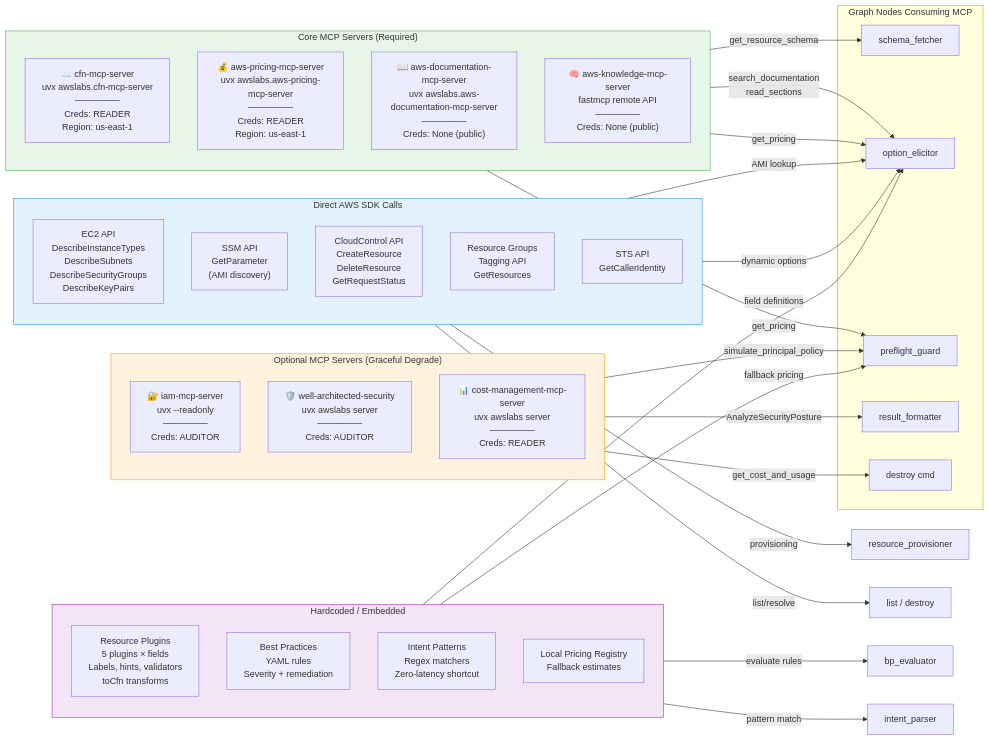
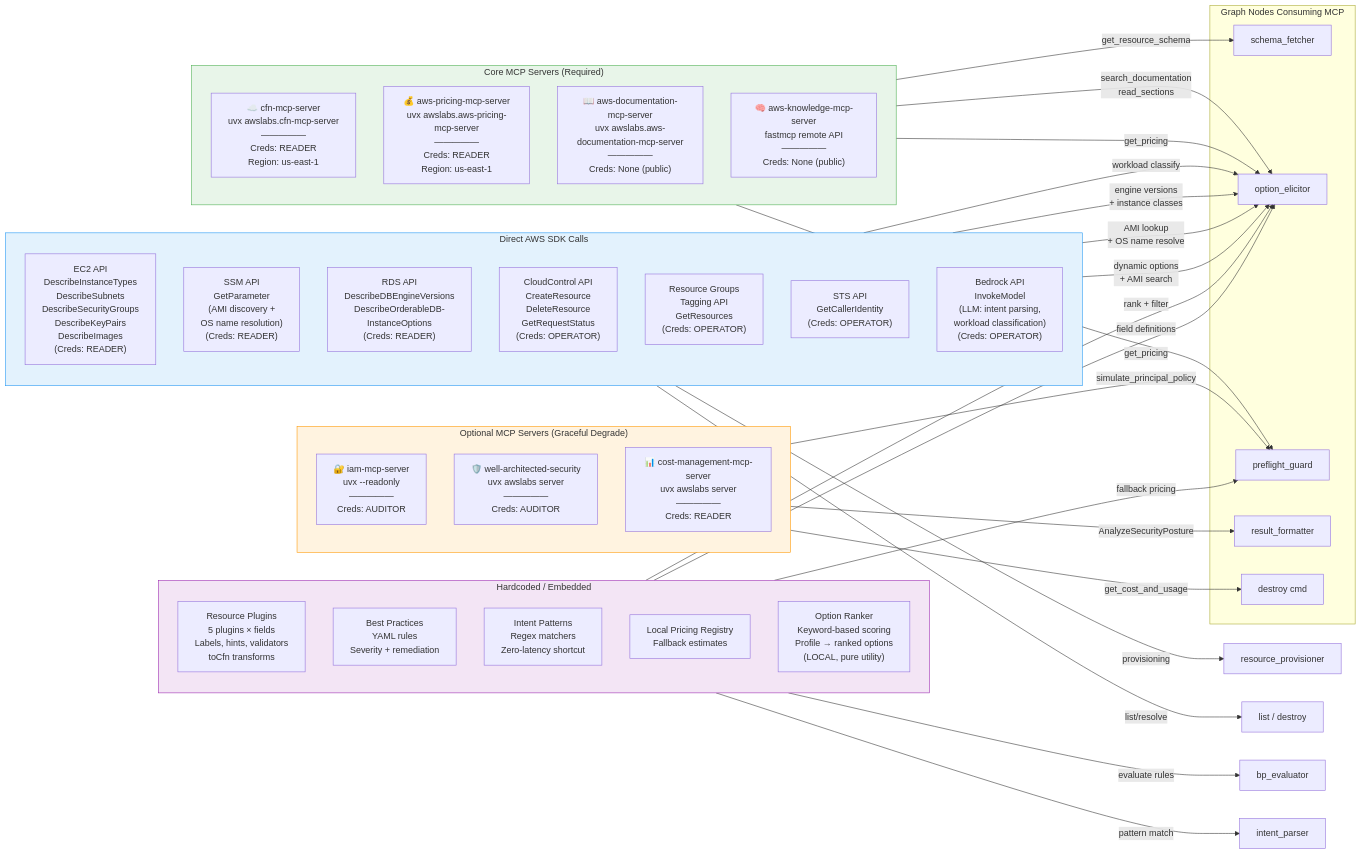
The second of 10 diagrams in docs/architecture-flows.md (SergSlon/assignee-ai), drawn with Mermaid before and after one commit. The commit also changed other lines of this file, not shown here.

First line of the commit message:
docs: rewrite architecture-flows.md to match current implementation

````diff
--- a/docs/architecture-flows.md
+++ b/docs/architecture-flows.md
@@ -83,65 +83,71 @@
 ```mermaid
 flowchart LR
     subgraph CORE["Core MCP Servers (Required)"]
         direction TB
         CFN["☁️ cfn-mcp-server<br/>uvx awslabs.cfn-mcp-server<br/>—————<br/>Creds: READER<br/>Region: us-east-1"]
         PRICING["💰 aws-pricing-mcp-server<br/>uvx awslabs.aws-pricing-mcp-server<br/>—————<br/>Creds: READER<br/>Region: us-east-1"]
         DOCS["📖 aws-documentation-mcp-server<br/>uvx awslabs.aws-documentation-mcp-server<br/>—————<br/>Creds: None (public)"]
         KNOW["🧠 aws-knowledge-mcp-server<br/>fastmcp remote API<br/>—————<br/>Creds: None (public)"]
     end
 
     subgraph OPT["Optional MCP Servers (Graceful Degrade)"]
         direction TB
         IAM["🔐 iam-mcp-server<br/>uvx --readonly<br/>—————<br/>Creds: AUDITOR"]
         SEC["🛡️ well-architected-security<br/>uvx awslabs server<br/>—————<br/>Creds: AUDITOR"]
         BILL["📊 cost-management-mcp-server<br/>uvx awslabs server<br/>—————<br/>Creds: READER"]
     end
 
     subgraph NODES["Graph Nodes Consuming MCP"]
         SF2["schema_fetcher"]
         OE2["option_elicitor"]
         PF2["preflight_guard"]
         RF2["result_formatter"]
         DS2["destroy cmd"]
     end
 
     CFN -->|"get_resource_schema"| SF2
     PRICING -->|"get_pricing"| OE2
     PRICING -->|"get_pricing"| PF2
     DOCS -->|"search_documentation<br/>read_sections"| OE2
     IAM -->|"simulate_principal_policy"| PF2
     SEC -->|"AnalyzeSecurityPosture"| RF2
     BILL -->|"get_cost_and_usage"| DS2
 
     subgraph SDK["Direct AWS SDK Calls"]
         direction TB
-        EC2["EC2 API<br/>DescribeInstanceTypes<br/>DescribeSubnets<br/>DescribeSecurityGroups<br/>DescribeKeyPairs"]
-        SSM["SSM API<br/>GetParameter<br/>(AMI discovery)"]
-        CC["CloudControl API<br/>CreateResource<br/>DeleteResource<br/>GetRequestStatus"]
-        TAGS["Resource Groups<br/>Tagging API<br/>GetResources"]
-        STS["STS API<br/>GetCallerIdentity"]
+        EC2["EC2 API<br/>DescribeInstanceTypes<br/>DescribeSubnets<br/>DescribeSecurityGroups<br/>DescribeKeyPairs<br/>DescribeImages<br/>(Creds: READER)"]
+        SSM["SSM API<br/>GetParameter<br/>(AMI discovery +<br/>OS name resolution)<br/>(Creds: READER)"]
+        RDS["RDS API<br/>DescribeDBEngineVersions<br/>DescribeOrderableDB-<br/>InstanceOptions<br/>(Creds: READER)"]
+        CC["CloudControl API<br/>CreateResource<br/>DeleteResource<br/>GetRequestStatus<br/>(Creds: OPERATOR)"]
+        TAGS["Resource Groups<br/>Tagging API<br/>GetResources<br/>(Creds: OPERATOR)"]
+        STS["STS API<br/>GetCallerIdentity<br/>(Creds: OPERATOR)"]
+        BEDROCK["Bedrock API<br/>InvokeModel<br/>(LLM: intent parsing,<br/>workload classification)<br/>(Creds: OPERATOR)"]
     end
 
-    EC2 -->|"dynamic options"| OE2
-    SSM -->|"AMI lookup"| OE2
+    EC2 -->|"dynamic options<br/>+ AMI search"| OE2
+    SSM -->|"AMI lookup<br/>+ OS name resolve"| OE2
+    RDS -->|"engine versions<br/>+ instance classes"| OE2
     CC -->|"provisioning"| RP2["resource_provisioner"]
     TAGS -->|"list/resolve"| LIST2["list / destroy"]
+    BEDROCK -->|"workload classify"| OE2
 
     subgraph LOCAL["Hardcoded / Embedded"]
         direction TB
         PLUGINS["Resource Plugins<br/>5 plugins × fields<br/>Labels, hints, validators<br/>toCfn transforms"]
         BPYAML["Best Practices<br/>YAML rules<br/>Severity + remediation"]
         PATTERNS["Intent Patterns<br/>Regex matchers<br/>Zero-latency shortcut"]
         LOCALP["Local Pricing Registry<br/>Fallback estimates"]
+        RANKER["Option Ranker<br/>Keyword-based scoring<br/>Profile → ranked options<br/>(LOCAL, pure utility)"]
     end
 
     PLUGINS -->|"field definitions"| OE2
     BPYAML -->|"evaluate rules"| BP2["bp_evaluator"]
     PATTERNS -->|"pattern match"| IP2["intent_parser"]
     LOCALP -->|"fallback pricing"| PF2
+    RANKER -->|"rank + filter"| OE2
 
     style CORE fill:#e8f5e9,stroke:#4CAF50
     style OPT fill:#fff3e0,stroke:#FF9800
     style SDK fill:#e3f2fd,stroke:#2196F3
     style LOCAL fill:#f3e5f5,stroke:#9C27B0
 ```
````
